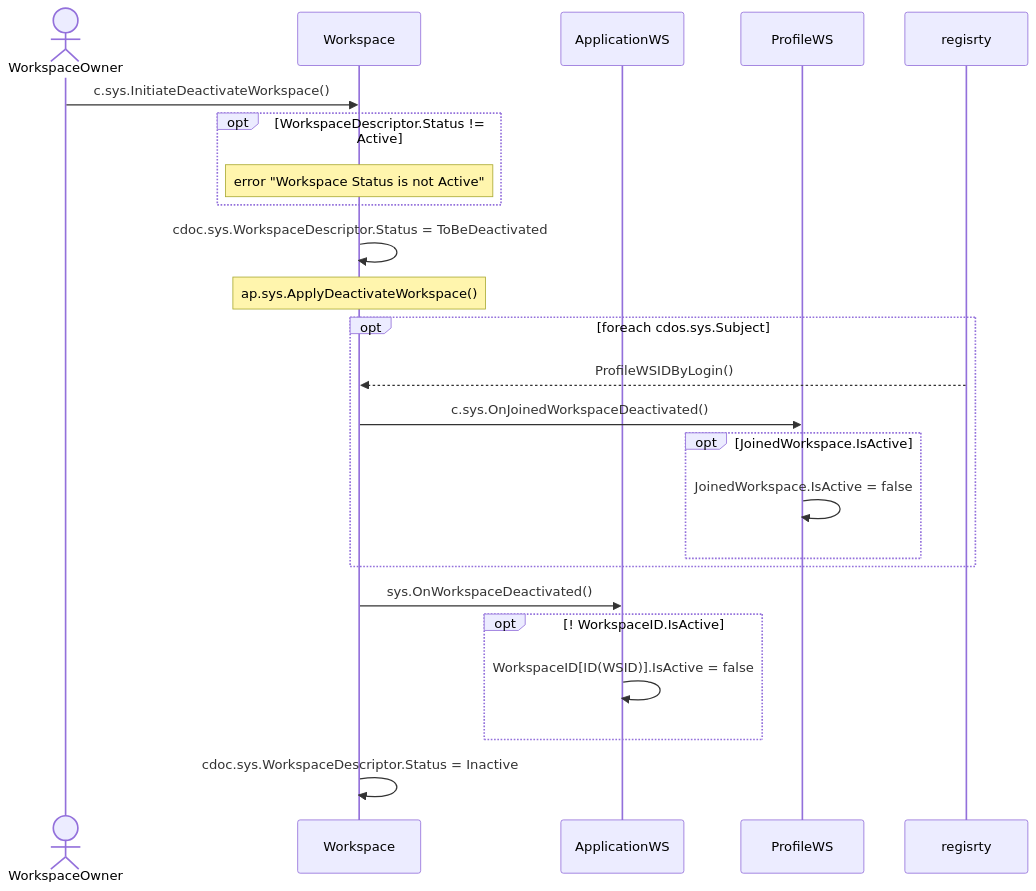
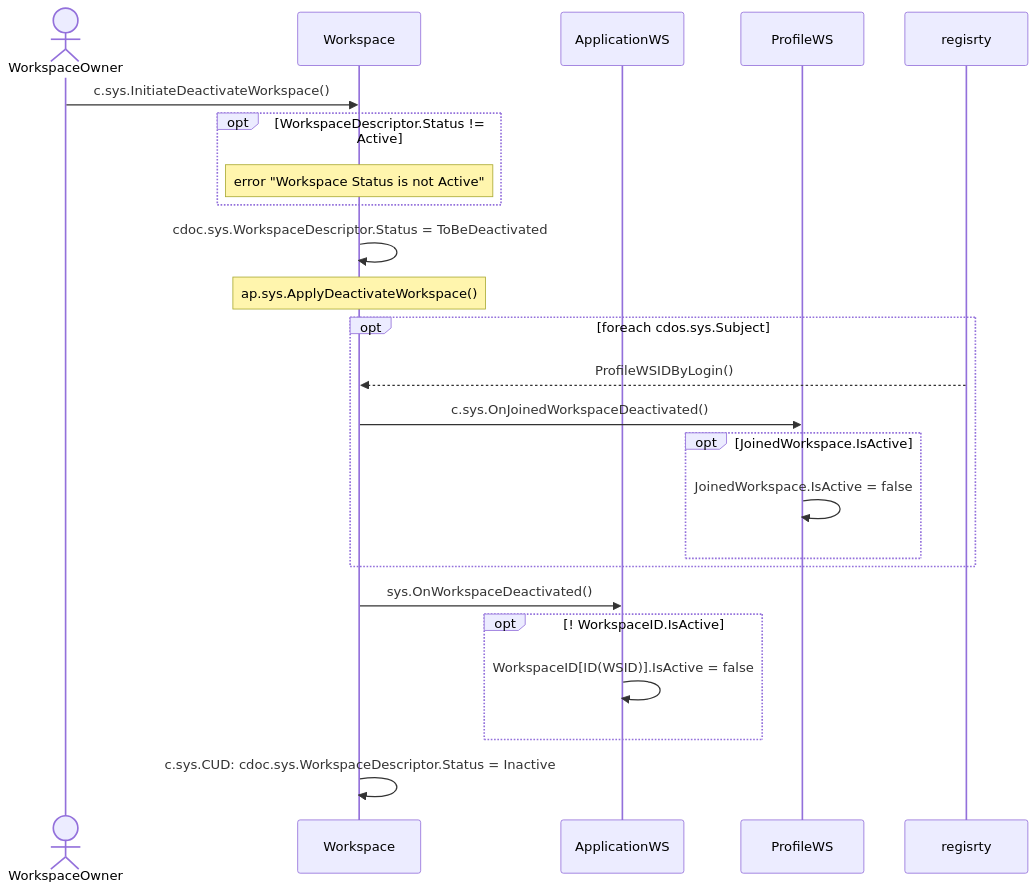
One commit to voedger/voedger changed the diagram in design/workspaces/deactivate-workspace.md. Above: the diagram before and after it, drawn with Mermaid. The commit also changed 14 other files, not shown here.

````diff
--- a/design/workspaces/deactivate-workspace.md
+++ b/design/workspaces/deactivate-workspace.md
@@ -25,33 +25,33 @@
 ```mermaid
     sequenceDiagram
 
     actor owner as WorkspaceOwner
     participant ws as Workspace
     participant appws as ApplicationWS
     participant profile as ProfileWS
     participant registry as regisrty
 
     owner ->> ws: c.sys.InitiateDeactivateWorkspace()
     opt WorkspaceDescriptor.Status != Active
       note over ws: error "Workspace Status is not Active"
     end
 
     ws ->> ws: cdoc.sys.WorkspaceDescriptor.Status = ToBeDeactivated
 
     note over ws: ap.sys.ApplyDeactivateWorkspace()
     opt foreach cdos.sys.Subject
       registry -->> ws : ProfileWSIDByLogin()
       ws ->> profile: c.sys.OnJoinedWorkspaceDeactivated()
       opt JoinedWorkspace.IsActive
         profile ->> profile: JoinedWorkspace.IsActive = false
       end
     end
 
     ws ->> appws: sys.OnWorkspaceDeactivated()
     opt ! WorkspaceID.IsActive
       appws ->> appws: WorkspaceID[ID(WSID)].IsActive = false
     end
 
-    ws ->> ws: cdoc.sys.WorkspaceDescriptor.Status = Inactive
+    ws ->> ws: c.sys.CUD: cdoc.sys.WorkspaceDescriptor.Status = Inactive
 
 ```
````
